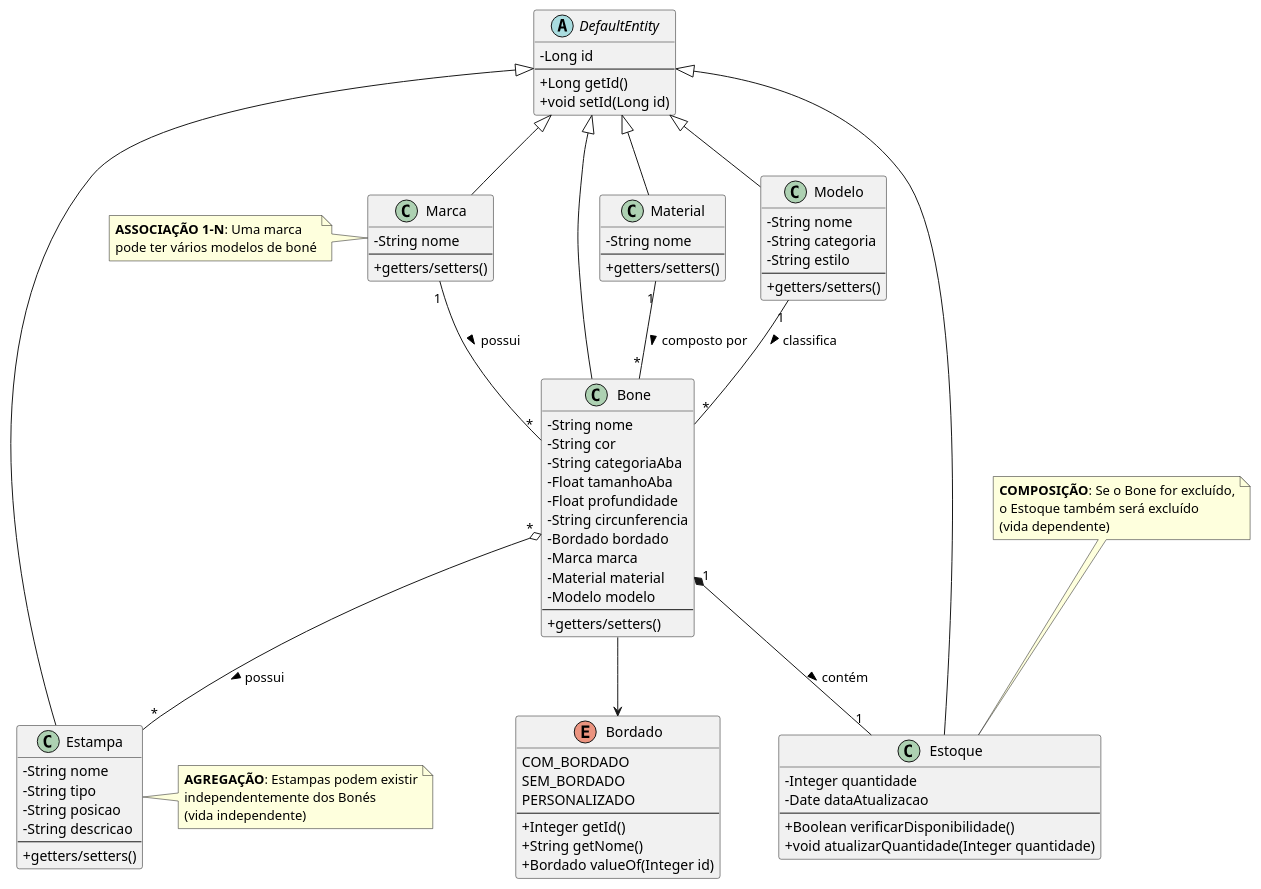
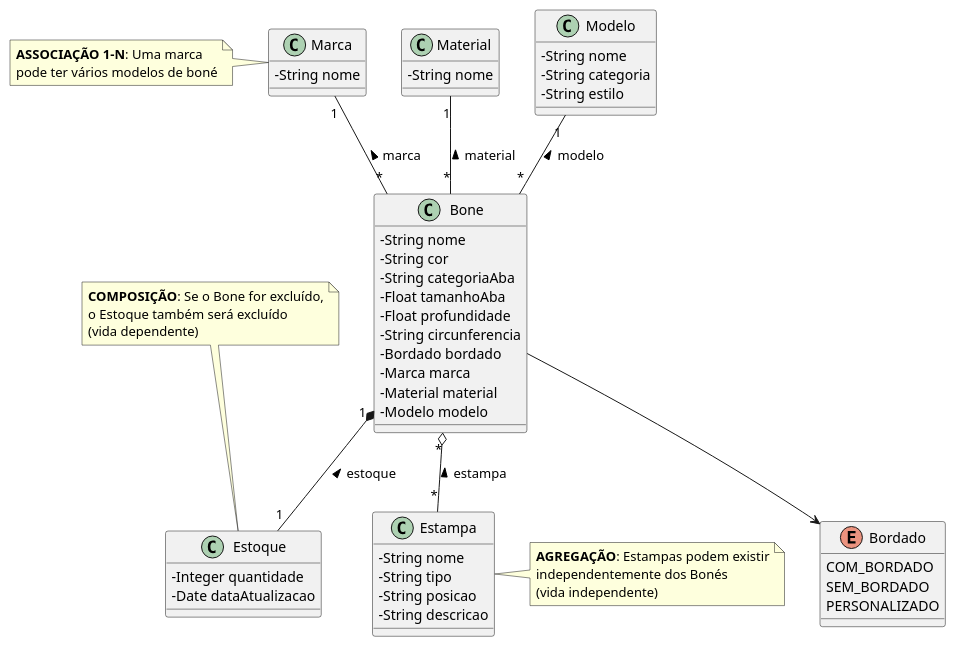
One commit to MatheusRN123/E-commerce-de-Bones changed the diagram in bone-api-tp1/Diagrama de Classes.plantuml. Above: the diagram before and after it, drawn with PlantUML. The commit also changed 33 other files, not shown here.

Commit message:
Estampa e Modelo adicionados

```diff
--- a/bone-api-tp1/Diagrama de Classes.plantuml
+++ b/bone-api-tp1/Diagrama de Classes.plantuml
@@ -1,127 +1,92 @@
 @startuml
 skinparam classAttributeIconSize 0
-
-' =============================
-' SUPERCLASSE
-' =============================
-abstract class DefaultEntity {
-  - Long id
-  --
-  + Long getId()
-  + void setId(Long id)
-}
 
 ' =============================
 ' ENTIDADES CRUD
 ' =============================
 class Bone {
   - String nome
   - String cor
   - String categoriaAba
   - Float tamanhoAba
   - Float profundidade
   - String circunferencia
   - Bordado bordado
   - Marca marca
   - Material material
   - Modelo modelo
-  --
-  + getters/setters()
 }
 
 class Material {
   - String nome
-  --
-  + getters/setters()
 }
 
 enum Bordado {
   COM_BORDADO
   SEM_BORDADO
   PERSONALIZADO
-  --
-  + Integer getId()
-  + String getNome()
-  + Bordado valueOf(Integer id)
+
 }
 
 class Marca {
   - String nome
-  --
-  + getters/setters()
 }
 
 class Modelo {
   - String nome
   - String categoria
   - String estilo
-  --
-  + getters/setters()
 }
 
 class Estoque {
   - Integer quantidade
   - Date dataAtualizacao
-  --
-  + Boolean verificarDisponibilidade()
-  + void atualizarQuantidade(Integer quantidade)
 }
 
 class Estampa {
   - String nome
   - String tipo
   - String posicao
   - String descricao
-  --
-  + getters/setters()
 }
 
-' =============================
-' HERANÇA
-' =============================
-DefaultEntity <|-- Bone
-DefaultEntity <|-- Material
-DefaultEntity <|-- Marca
-DefaultEntity <|-- Modelo
-DefaultEntity <|-- Estoque
-DefaultEntity <|-- Estampa
 
 ' =============================
 ' RELACIONAMENTOS
 ' =============================
 
 ' Enum
 Bone --> Bordado
 
 ' Relacionamentos 1-N
-Marca "1" -- "*" Bone : possui >
-Modelo "1" -- "*" Bone : classifica >
-Material "1" -- "*" Bone : composto por >
+Marca "1" -- "*" Bone : marca <
+Modelo "1" -- "*" Bone : modelo <
+Material "1" -- "*" Bone : material <
 
 ' Composição (1-1)
-Bone "1" *-- "1" Estoque : contém >
+Bone "1" *-- "1" Estoque : estoque <
 
 ' Agregação (N-N)
-Bone "*" o-- "*" Estampa : possui >
+Bone "*" o-- "*" Estampa : estampa <
 
 ' =============================
 ' NOTAS EXPLICATIVAS
 ' =============================
 note top of Estoque
   **COMPOSIÇÃO**: Se o Bone for excluído,
   o Estoque também será excluído
   (vida dependente)
 end note
 
 note right of Estampa
   **AGREGAÇÃO**: Estampas podem existir
   independentemente dos Bonés
   (vida independente)
 end note
 
 note left of Marca
   **ASSOCIAÇÃO 1-N**: Uma marca
   pode ter vários modelos de boné
 end note
 
 @enduml
```
